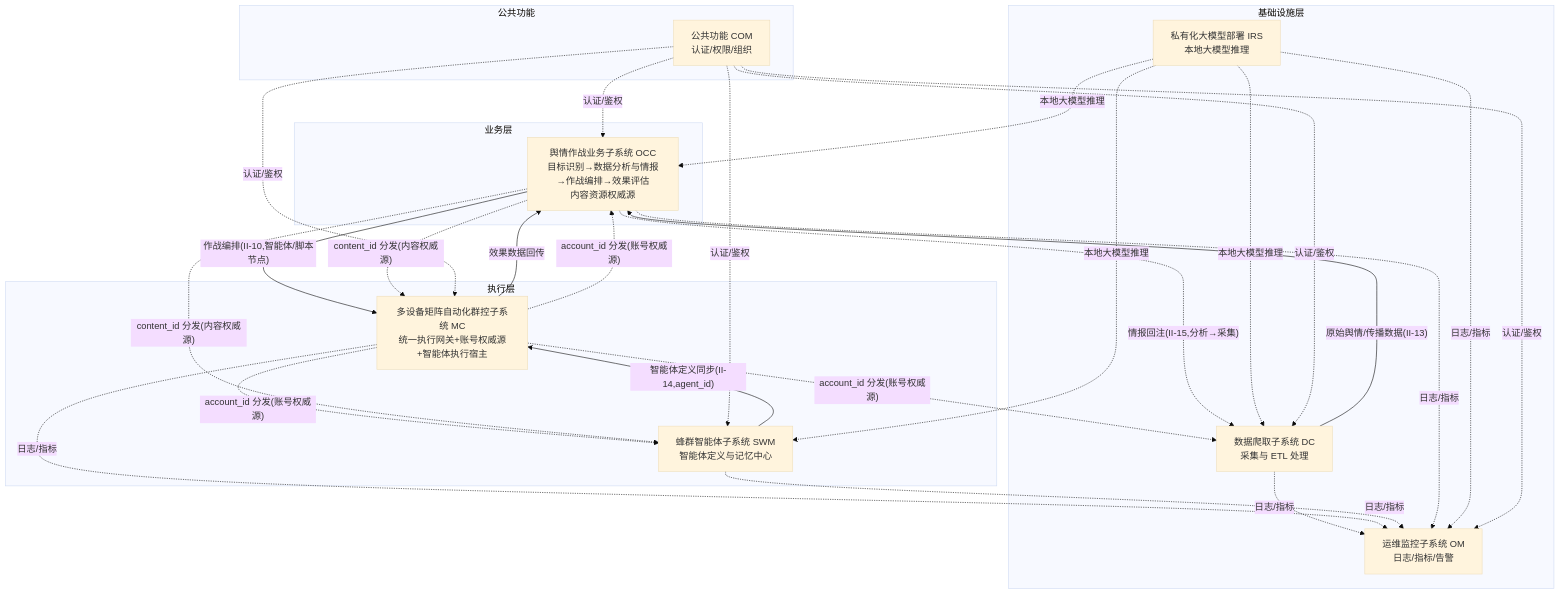
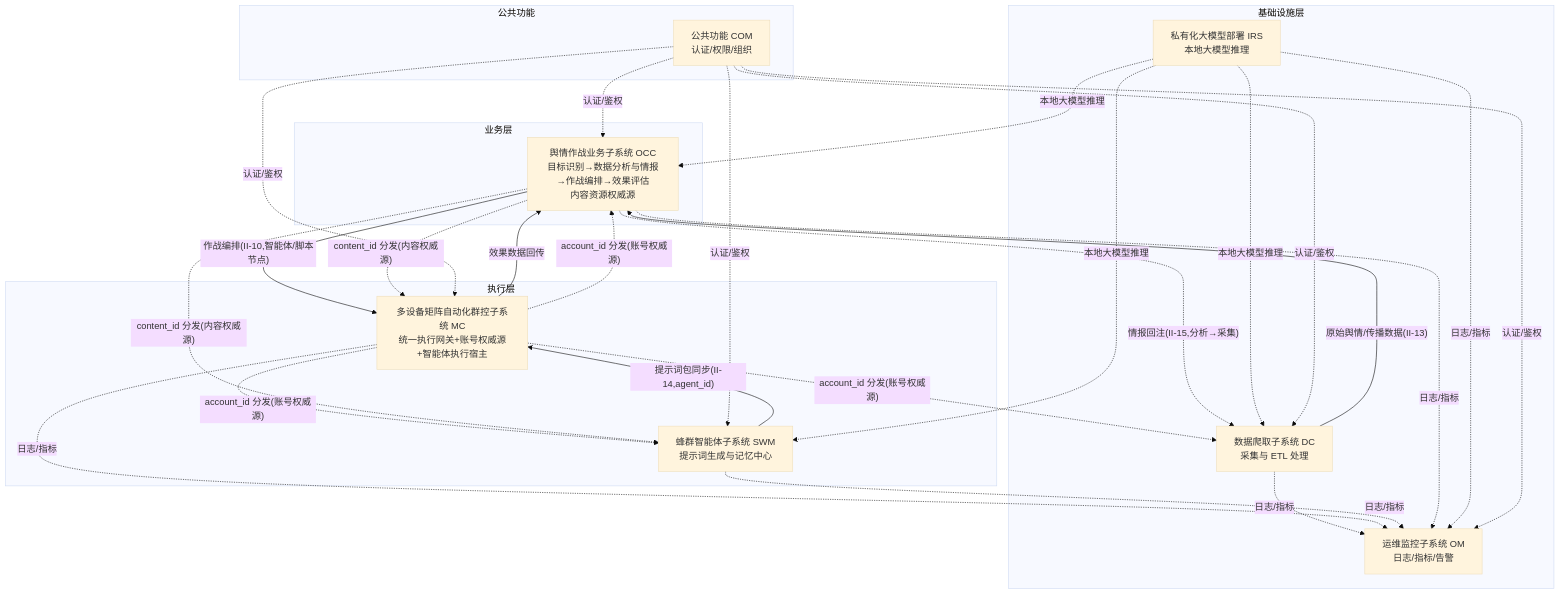
The first of 14 diagrams in 公司项目/认知作战/文档/软件概要设计说明.md (Sj-g/obsidian), drawn with Mermaid (base theme) before and after one commit. The commit also changed other lines of this file and 4 other files, not shown here.

````diff
--- a/公司项目/认知作战/文档/软件概要设计说明.md
+++ b/公司项目/认知作战/文档/软件概要设计说明.md
@@ -62,29 +62,29 @@
 ```mermaid
 flowchart TB
     subgraph BIZ["业务层"]
         OCC["舆情作战业务子系统 OCC<br/>目标识别→数据分析与情报→作战编排→效果评估<br/>内容资源权威源"]
     end
     subgraph COM_LAYER["公共功能"]
         COM["公共功能 COM<br/>认证/权限/组织"]
     end
     subgraph EXEC["执行层"]
-        SWM["蜂群智能体子系统 SWM<br/>智能体定义与记忆中心"]
+        SWM["蜂群智能体子系统 SWM<br/>提示词生成与记忆中心"]
         MC["多设备矩阵自动化群控子系统 MC<br/>统一执行网关+账号权威源+智能体执行宿主"]
     end
     subgraph INFRA["基础设施层"]
         DC["数据爬取子系统 DC<br/>采集与 ETL 处理"]
         OM["运维监控子系统 OM<br/>日志/指标/告警"]
         IRS["私有化大模型部署 IRS<br/>本地大模型推理"]
     end
 
     DC -->|"原始舆情/传播数据(II-13)"| OCC
     OCC -->|"作战编排(II-10,智能体/脚本节点)"| MC
     OCC -.->|"情报回注(II-15,分析→采集)"| DC
-    SWM -->|"智能体定义同步(II-14,agent_id)"| MC
+    SWM -->|"提示词包同步(II-14,agent_id)"| MC
     MC -->|"效果数据回传"| OCC
     MC -.->|"account_id 分发(账号权威源)"| DC & SWM & OCC
     OCC -.->|"content_id 分发(内容权威源)"| SWM & MC
     IRS -.->|"本地大模型推理"| DC & SWM & OCC
     DC & MC & SWM & OCC & IRS -.->|"日志/指标"| OM
     COM -.->|"认证/鉴权"| DC & MC & SWM & OCC & OM
 ```
````
